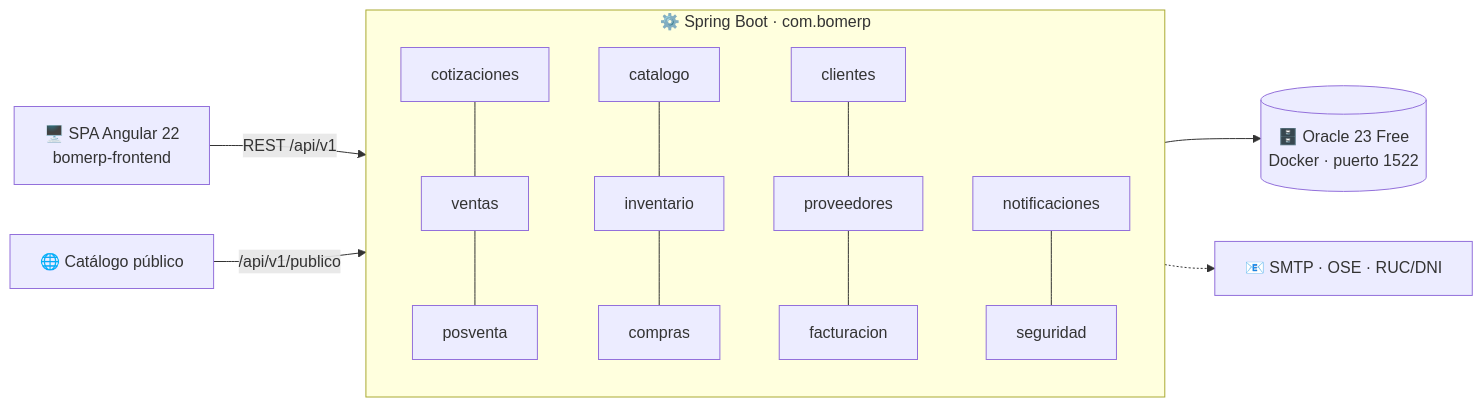
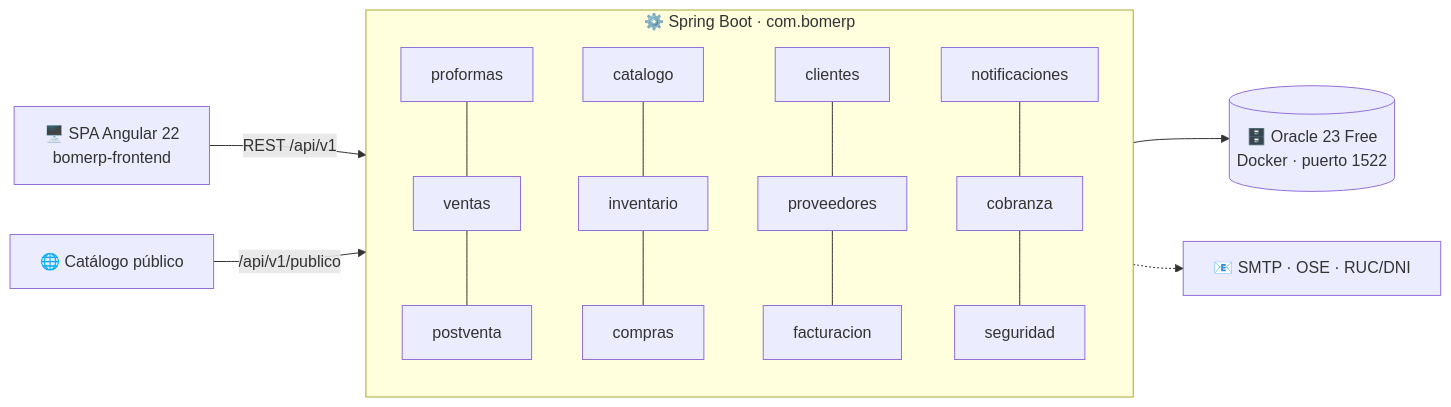
One commit to YWAGNERCS/proyecto-SAC changed the diagram in README.md. Above: the diagram before and after it, drawn with Mermaid. The commit also changed other lines of this file and 36 other files, not shown here.

First line of the commit message:
refactor: Cotizaciones pasa a Proformas y Mantenimiento a Postventa

````diff
--- a/README.md
+++ b/README.md
@@ -63,14 +64,14 @@
 ```mermaid
 flowchart LR
     SPA["🖥️ SPA Angular 22<br/>bomerp-frontend"] -->|REST /api/v1| API
     PUB["🌐 Catálogo público"] -->|/api/v1/publico| API
     subgraph API["⚙️ Spring Boot · com.bomerp"]
         direction TB
-        C[cotizaciones] --- V[ventas] --- P[posventa]
+        C[proformas] --- V[ventas] --- P[postventa]
         CAT[catalogo] --- INV[inventario] --- COM[compras]
         CLI[clientes] --- PRO[proveedores] --- F[facturacion]
-        N[notificaciones] --- S[seguridad]
+        N[notificaciones] --- CB[cobranza] --- S[seguridad]
     end
     API --> DB[("🗄️ Oracle 23 Free<br/>Docker · puerto 1522")]
     API -.-> EXT["📧 SMTP · OSE · RUC/DNI"]
 ```
````
